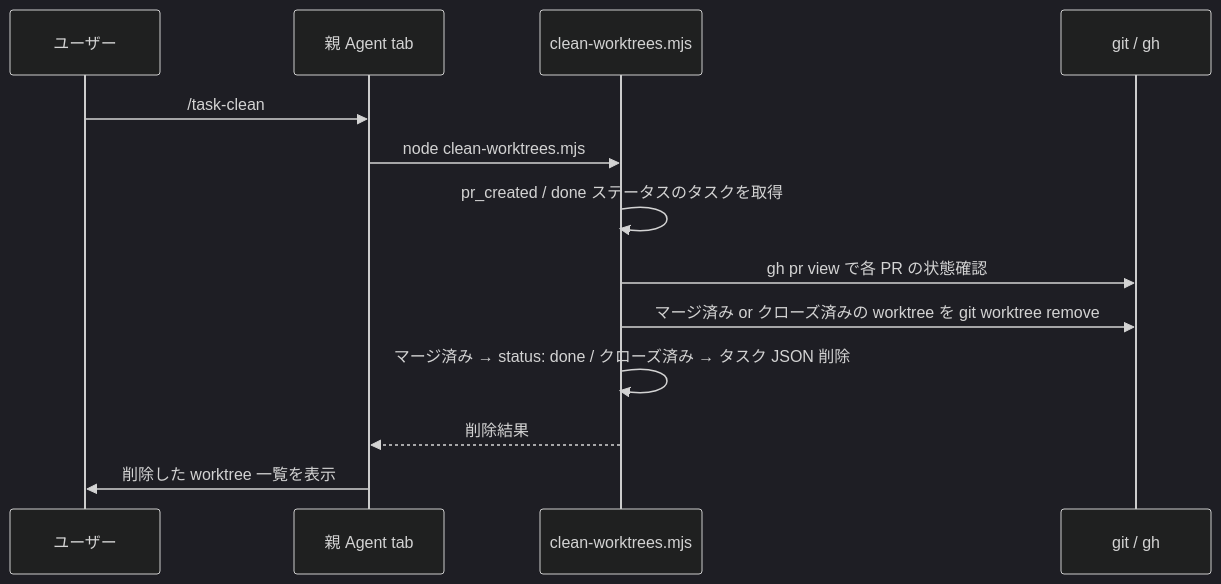
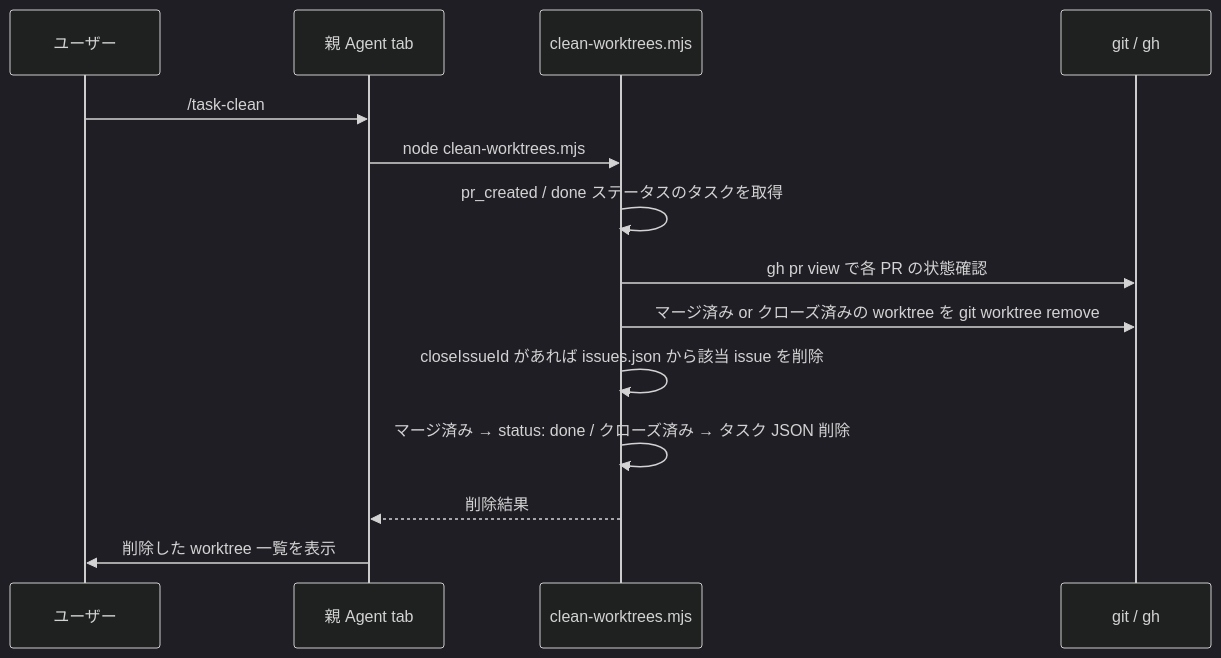
The seventh of 14 diagrams in DESIGN.md (retocrooman/cursor-power), drawn with Mermaid (dark theme) before and after one commit. The commit also changed other lines of this file and 6 other files, not shown here.

First line of the commit message:
feat(close-issue): defer issue removal from add-task to task-clean

````diff
--- a/DESIGN.md
+++ b/DESIGN.md
@@ -372,16 +372,17 @@
 ```mermaid
 sequenceDiagram
   participant U as ユーザー
   participant P as 親 Agent tab
   participant S as clean-worktrees.mjs
   participant G as git / gh
 
   U->>P: /task-clean
   P->>S: node clean-worktrees.mjs
   S->>S: pr_created / done ステータスのタスクを取得
   S->>G: gh pr view で各 PR の状態確認
   S->>G: マージ済み or クローズ済みの worktree を git worktree remove
+  S->>S: closeIssueId があれば issues.json から該当 issue を削除
   S->>S: マージ済み → status: done / クローズ済み → タスク JSON 削除
   S-->>P: 削除結果
   P->>U: 削除した worktree 一覧を表示
 ```
````
